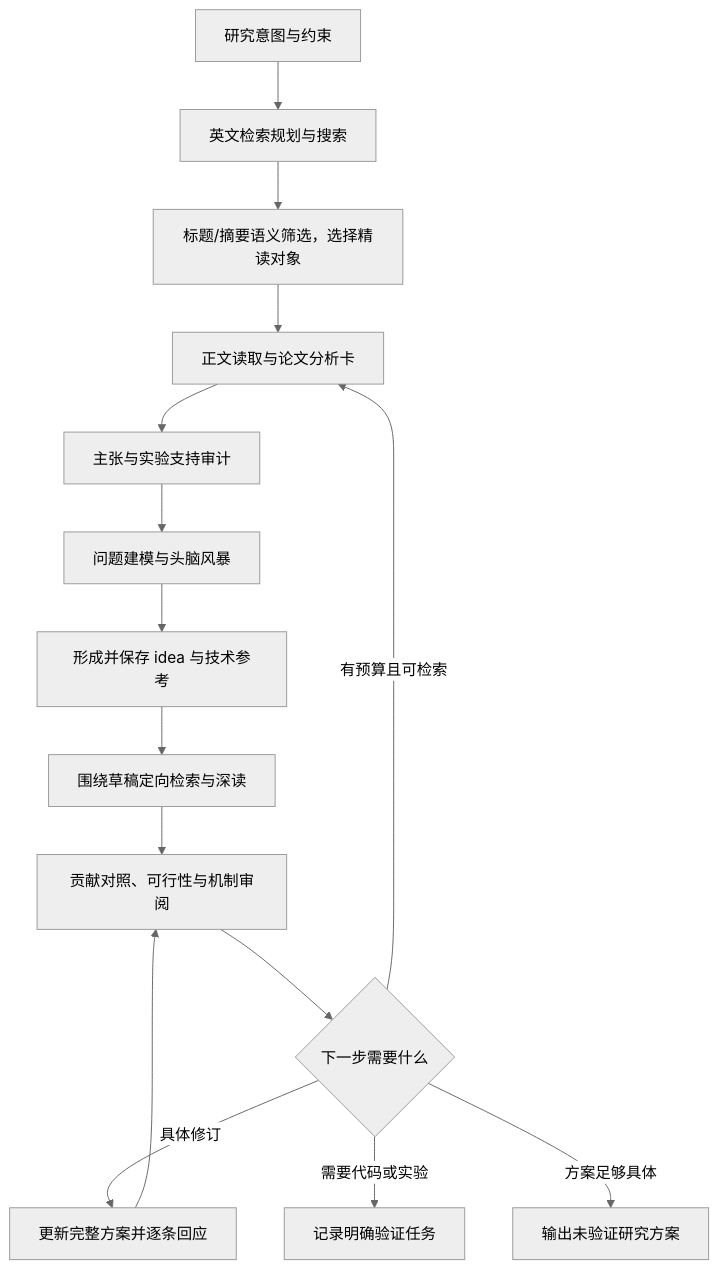
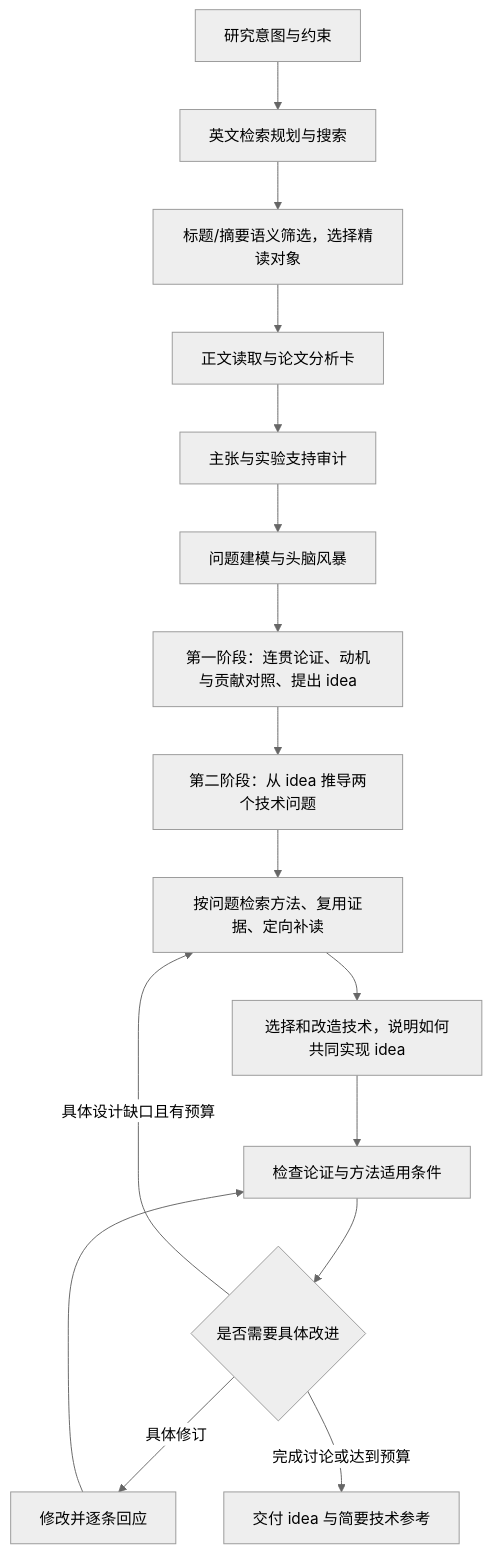
One commit to ghh1125/Research-idea changed the diagram in docs/architecture.md. Above: the diagram before and after it, drawn with Mermaid (neutral theme). The commit also changed other lines of this file and 26 other files, not shown here.

````diff
--- a/docs/architecture.md
+++ b/docs/architecture.md
@@ -20,17 +20,18 @@
 ```mermaid
 flowchart TD
     A["研究意图与约束"] --> S["英文检索规划与搜索"]
     S --> T["标题/摘要语义筛选，选择精读对象"]
     T --> B["正文读取与论文分析卡"]
     B --> Q["主张与实验支持审计"]
     Q --> C["问题建模与头脑风暴"]
-    C --> D["形成并保存 idea 与技术参考"]
-    D --> R["围绕草稿定向检索与深读"]
-    R --> E["贡献对照、可行性与机制审阅"]
-    E --> F{"下一步需要什么"}
-    F -->|有预算且可检索| B
-    F -->|具体修订| I["更新完整方案并逐条回应"]
+    C --> D["第一阶段：连贯论证、动机与贡献对照、提出 idea"]
+    D --> A2["第二阶段：从 idea 推导两个技术问题"]
+    A2 --> R["按问题检索方法、复用证据、定向补读"]
+    R --> M["选择和改造技术，说明如何共同实现 idea"]
+    M --> E["检查论证与方法适用条件"]
+    E --> F{"是否需要具体改进"}
+    F -->|具体设计缺口且有预算| R
+    F -->|具体修订| I["修改并逐条回应"]
     I --> E
-    F -->|需要代码或实验| G["记录明确验证任务"]
-    F -->|方案足够具体| H["输出未验证研究方案"]
+    F -->|完成讨论或达到预算| H["交付 idea 与简要技术参考"]
 ```
````
